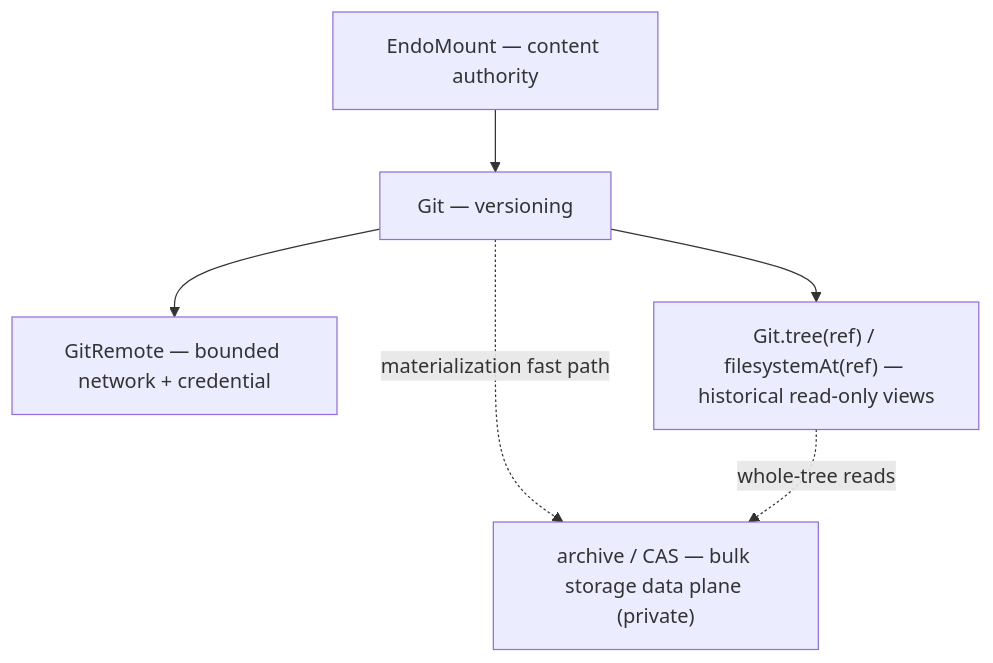
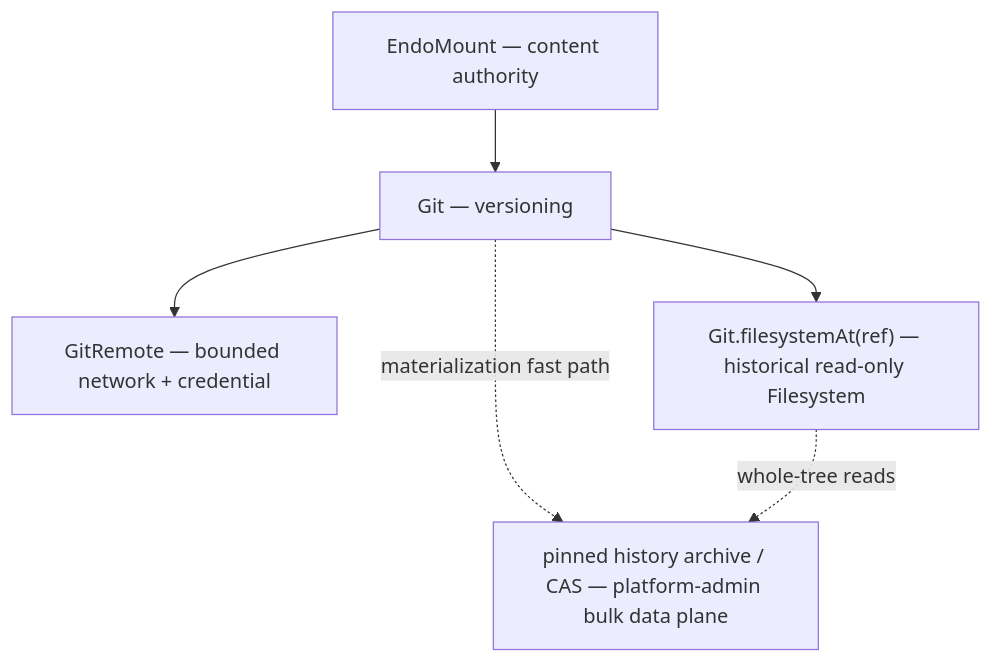
Before and after one commit to endojs/endo-but-for-bots: the diagram in designs/daemon-git-next-steps.md, drawn with Mermaid. The commit also changed other lines of this file and 1 other file, not shown here.

Commit message:
docs(designs): layer historical read capabilities

````diff
--- a/designs/daemon-git-next-steps.md
+++ b/designs/daemon-git-next-steps.md
@@ -55,14 +55,14 @@
 ```mermaid
 flowchart TD
   mount["EndoMount — content authority"]
   git["Git — versioning"]
   remote["GitRemote — bounded network + credential"]
-  hist["Git.tree(ref) / filesystemAt(ref) — historical read-only views"]
-  bulk["archive / CAS — bulk storage data plane (private)"]
+  hist["Git.filesystemAt(ref) — historical read-only Filesystem"]
+  bulk["pinned history archive / CAS — platform-admin bulk data plane"]
 
   mount --> git
   git --> remote
   git --> hist
   git -.->|materialization fast path| bulk
   hist -.->|whole-tree reads| bulk
 ```
````
